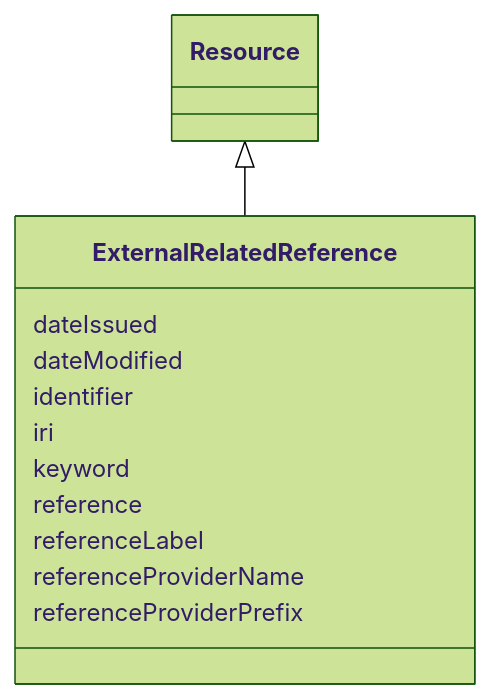
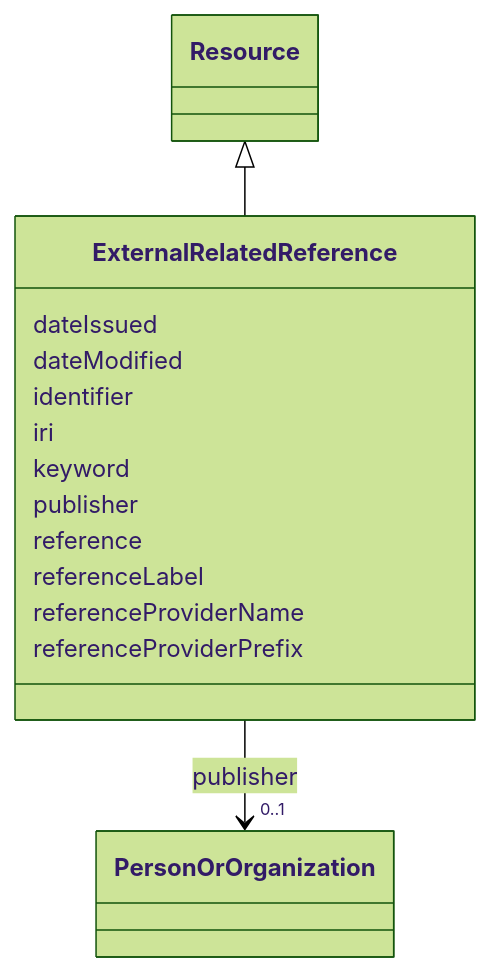
The diagram in models/docs/ExternalRelatedReference.md (EVORA-project/evora-ontology), drawn with Mermaid (forest theme) before and after one commit. The commit also changed other lines of this file and 468 other files, not shown here.

````diff
--- a/models/docs/ExternalRelatedReference.md
+++ b/models/docs/ExternalRelatedReference.md
@@ -19,27 +19,36 @@
 ```mermaid
  classDiagram
     class ExternalRelatedReference
     click ExternalRelatedReference href "../ExternalRelatedReference"
       Resource <|-- ExternalRelatedReference
         click Resource href "../Resource"
       
       ExternalRelatedReference : dateIssued
         
       ExternalRelatedReference : dateModified
         
       ExternalRelatedReference : identifier
         
       ExternalRelatedReference : iri
         
       ExternalRelatedReference : keyword
         
+      ExternalRelatedReference : publisher
+        
+          
+    
+    
+    ExternalRelatedReference --> "0..1" PersonOrOrganization : publisher
+    click PersonOrOrganization href "../PersonOrOrganization"
+
+        
       ExternalRelatedReference : reference
         
       ExternalRelatedReference : referenceLabel
         
       ExternalRelatedReference : referenceProviderName
         
       ExternalRelatedReference : referenceProviderPrefix
         
       
 ```
````
